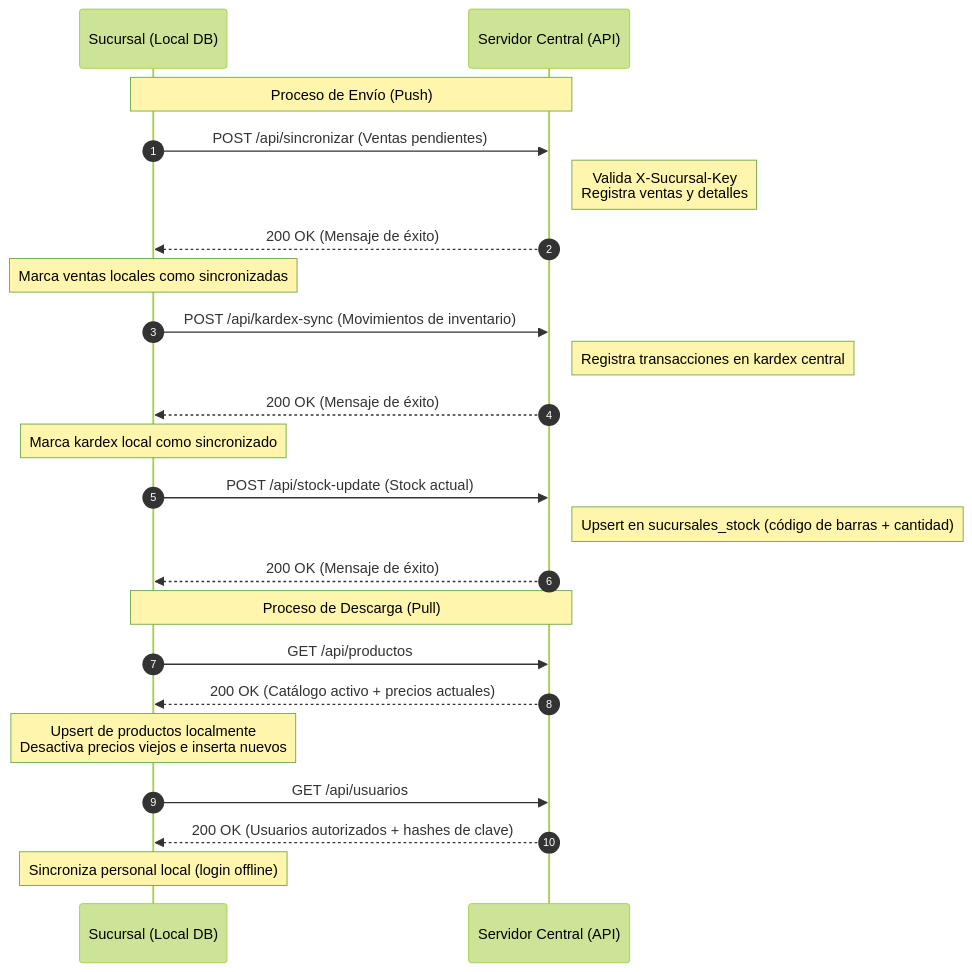
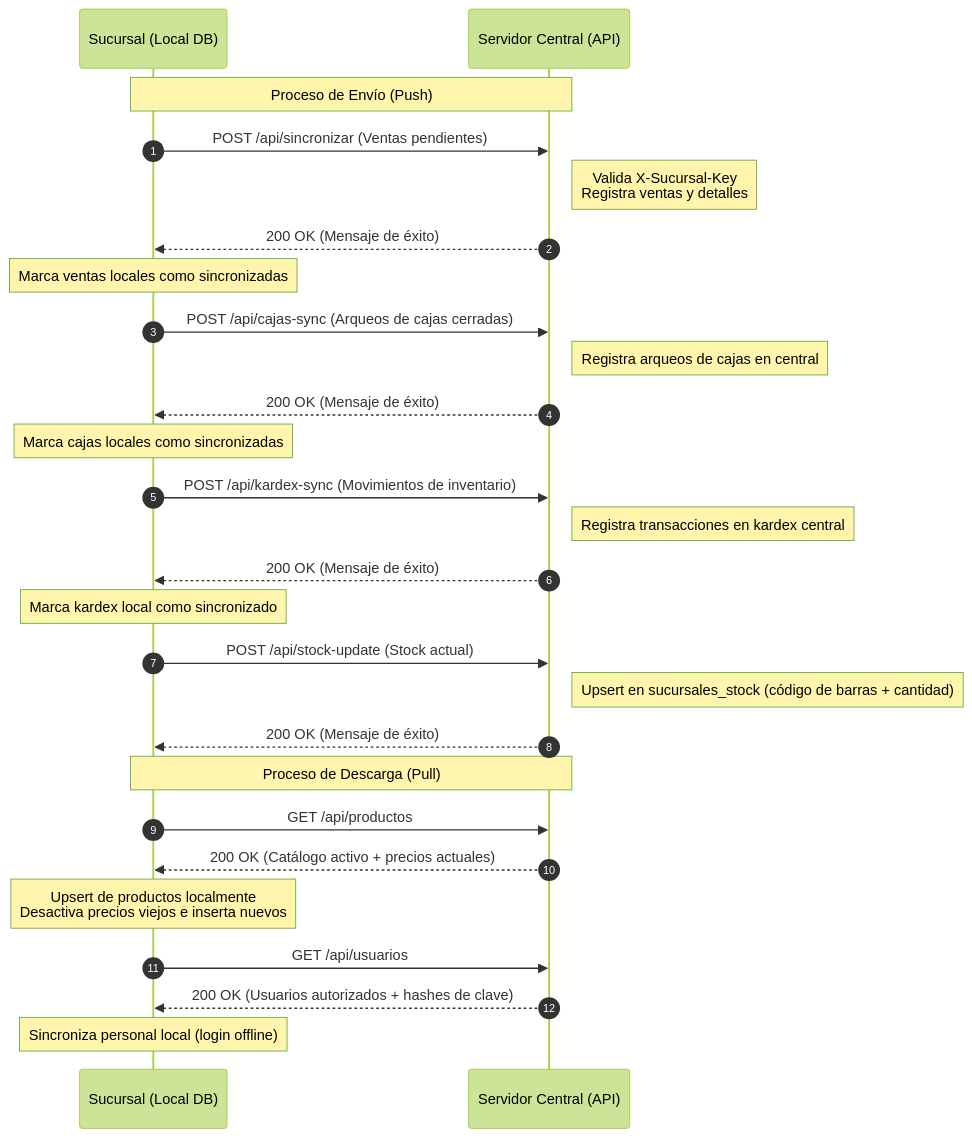
Before and after one commit to DennisCa-UNJBG/MiniMarket-APP: the diagram in AYUDA-MD/analisis_sincronizacion.md, drawn with Mermaid (forest theme). The commit also changed other lines of this file and 7 other files, not shown here.

First line of the commit message:
Agregando la sincronización de datos del control de cajas en la Sede Central

````diff
--- a/AYUDA-MD/analisis_sincronizacion.md
+++ b/AYUDA-MD/analisis_sincronizacion.md
@@ -11,30 +11,35 @@
 ```mermaid
 sequenceDiagram
     autonumber
     participant Sucursal as Sucursal (Local DB)
     participant Central as Servidor Central (API)
 
     Note over Sucursal, Central: Proceso de Envío (Push)
     Sucursal->>Central: POST /api/sincronizar (Ventas pendientes)
     Note right of Central: Valida X-Sucursal-Key<br/>Registra ventas y detalles
     Central-->>Sucursal: 200 OK (Mensaje de éxito)
     Note over Sucursal: Marca ventas locales como sincronizadas
+
+    Sucursal->>Central: POST /api/cajas-sync (Arqueos de cajas cerradas)
+    Note right of Central: Registra arqueos de cajas en central
+    Central-->>Sucursal: 200 OK (Mensaje de éxito)
+    Note over Sucursal: Marca cajas locales como sincronizadas
 
     Sucursal->>Central: POST /api/kardex-sync (Movimientos de inventario)
     Note right of Central: Registra transacciones en kardex central
     Central-->>Sucursal: 200 OK (Mensaje de éxito)
     Note over Sucursal: Marca kardex local como sincronizado
 
     Sucursal->>Central: POST /api/stock-update (Stock actual)
     Note right of Central: Upsert en sucursales_stock (código de barras + cantidad)
     Central-->>Sucursal: 200 OK (Mensaje de éxito)
 
     Note over Sucursal, Central: Proceso de Descarga (Pull)
     Sucursal->>Central: GET /api/productos
     Central-->>Sucursal: 200 OK (Catálogo activo + precios actuales)
     Note over Sucursal: Upsert de productos localmente<br/>Desactiva precios viejos e inserta nuevos
 
     Sucursal->>Central: GET /api/usuarios
     Central-->>Sucursal: 200 OK (Usuarios autorizados + hashes de clave)
     Note over Sucursal: Sincroniza personal local (login offline)
 ```
````
